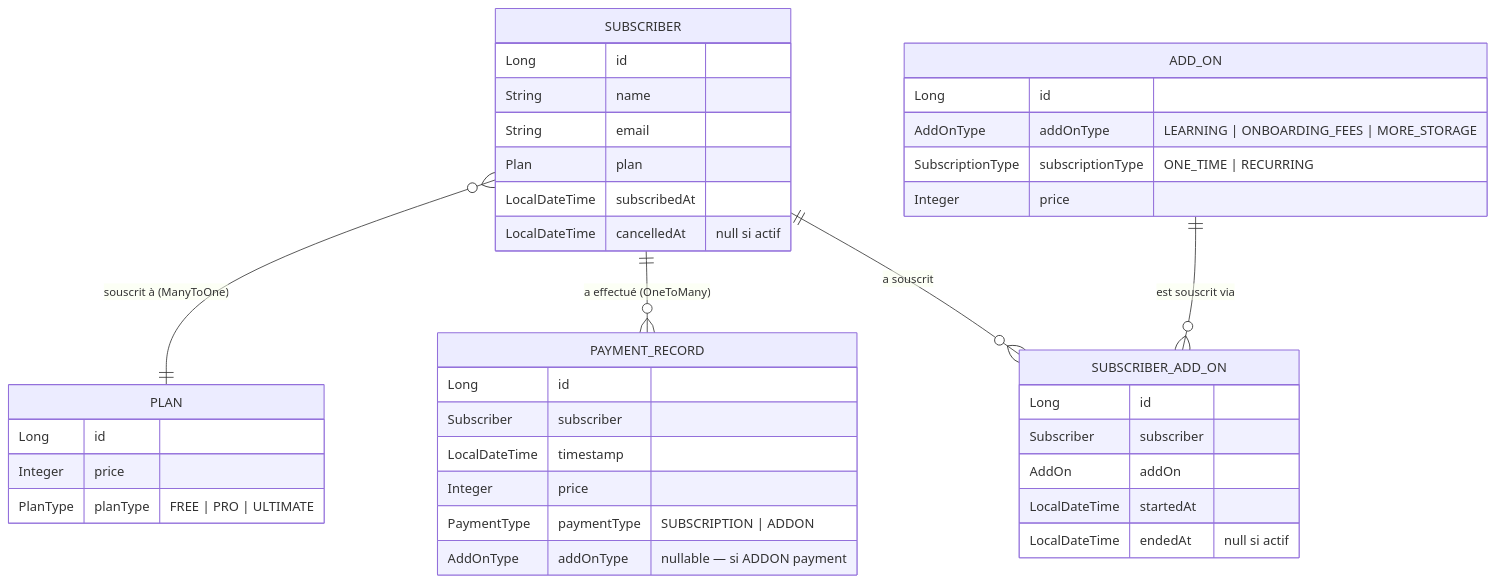
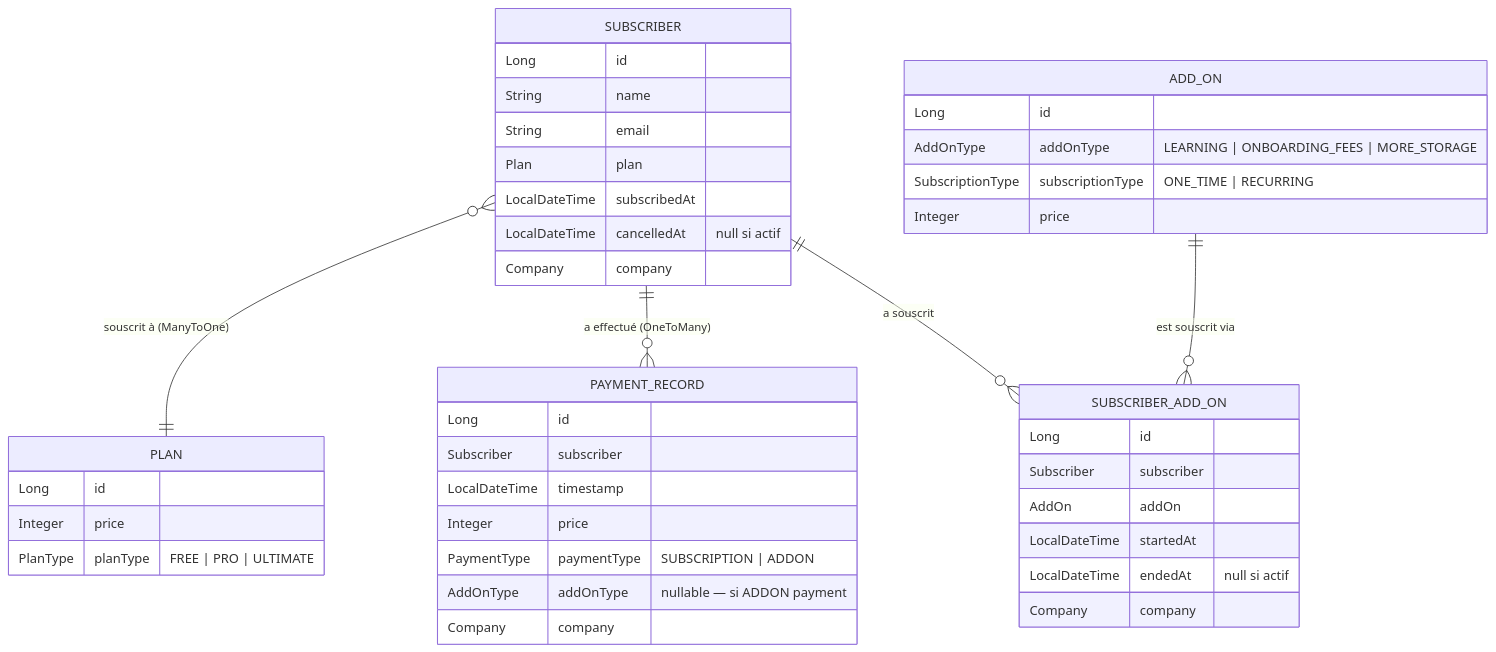
One commit to dorian-verney/Start-up-Insights-Engine changed the first of 2 diagrams in Tables.md. Above: the diagram before and after it, drawn with Mermaid. The commit also changed other lines of this file and 37 other files, not shown here.

````diff
--- a/Tables.md
+++ b/Tables.md
@@ -5,47 +5,50 @@
 ```mermaid
 erDiagram
     SUBSCRIBER {
         Long        id              
         String      name
         String      email
         Plan        plan
         LocalDateTime subscribedAt
         LocalDateTime cancelledAt  "null si actif"
+        Company       company
     }
 
     PAYMENT_RECORD {
         Long          id
         Subscriber    subscriber
         LocalDateTime timestamp
         Integer       price
         PaymentType   paymentType   "SUBSCRIPTION | ADDON"
         AddOnType     addOnType     "nullable — si ADDON payment"
+        Company       company
     }
  
     PLAN {
         Long    id         
         Integer price
         PlanType planType   "FREE | PRO | ULTIMATE"
     }
  
     ADD_ON {
         Long             id               
         AddOnType        addOnType        "LEARNING | ONBOARDING_FEES | MORE_STORAGE"
         SubscriptionType subscriptionType "ONE_TIME | RECURRING"
         Integer          price
     }
  
     SUBSCRIBER_ADD_ON {
         Long          id
         Subscriber    subscriber  
         AddOn         addOn      
         LocalDateTime startedAt
         LocalDateTime endedAt        "null si actif"
+        Company       company
     }
  
     SUBSCRIBER }o--|| PLAN             : "souscrit à (ManyToOne)"
     SUBSCRIBER ||--o{ PAYMENT_RECORD : "a effectué (OneToMany)"
     SUBSCRIBER ||--o{ SUBSCRIBER_ADD_ON : "a souscrit"
     ADD_ON     ||--o{ SUBSCRIBER_ADD_ON : "est souscrit via"
     
 ```
````
